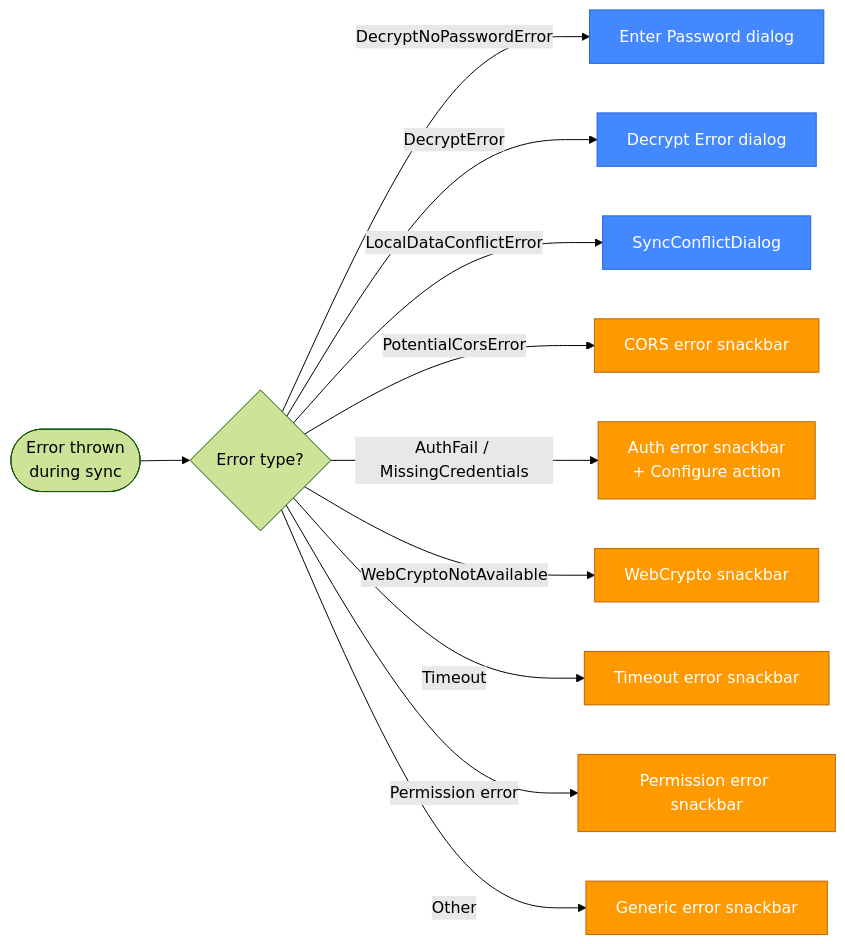
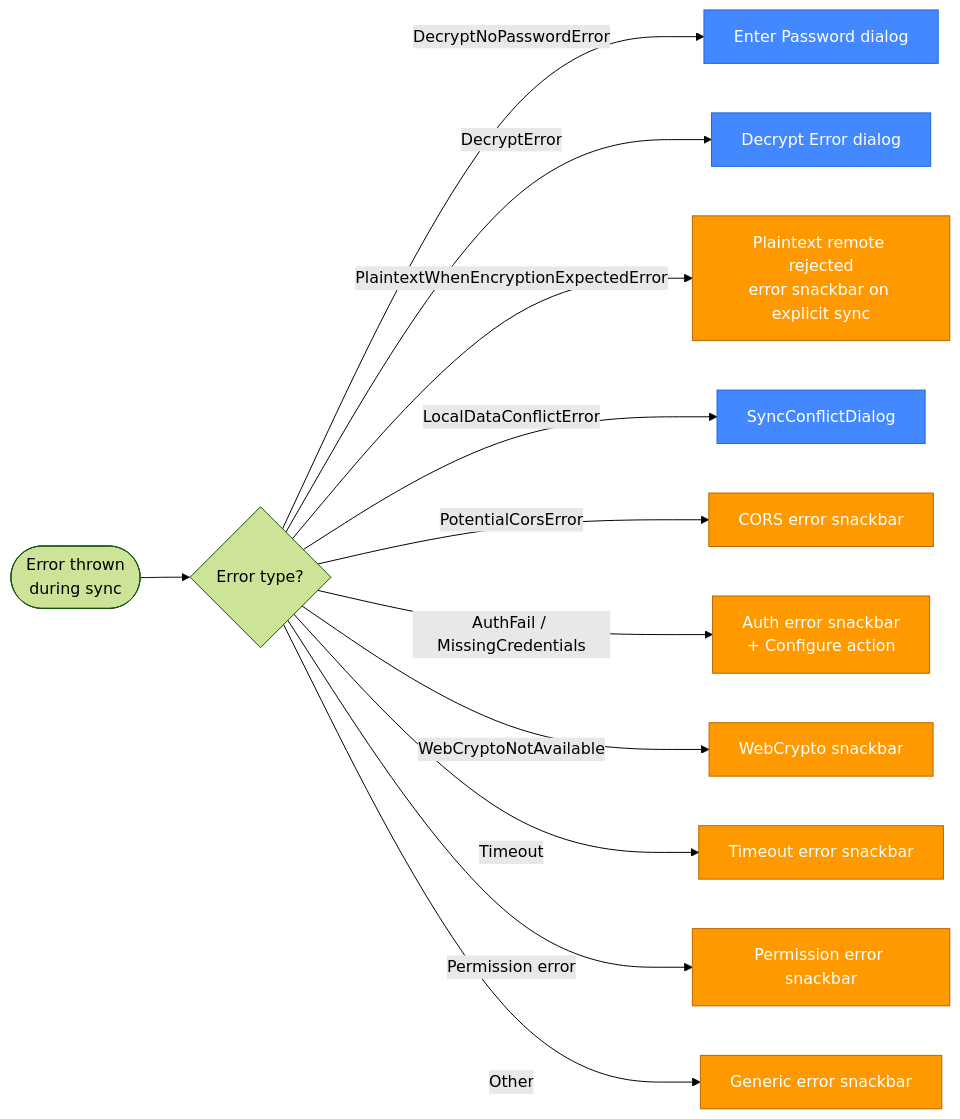
One commit to super-productivity/super-productivity changed the second of 2 diagrams in docs/sync-and-op-log/file-based-sync-flowchart.md. Above: the diagram before and after it, drawn with Mermaid (forest theme). The commit also changed other lines of this file and 6 other files, not shown here.

First line of the commit message:
fix(sync): preserve encryption after password entry

````diff
--- a/docs/sync-and-op-log/file-based-sync-flowchart.md
+++ b/docs/sync-and-op-log/file-based-sync-flowchart.md
@@ -117,20 +120,21 @@
 ```mermaid
 flowchart LR
     ERR([Error thrown<br/>during sync]) --> TYPE{Error type?}
 
     TYPE -->|DecryptNoPasswordError| PWD_DLG[Enter Password dialog]
     TYPE -->|DecryptError| DEC_DLG[Decrypt Error dialog]
+    TYPE -->|PlaintextWhenEncryptionExpectedError| DOWNGRADE[Plaintext remote rejected<br/>error snackbar on explicit sync]
     TYPE -->|LocalDataConflictError| CONF_DLG[SyncConflictDialog]
     TYPE -->|PotentialCorsError| CORS[CORS error snackbar]
     TYPE -->|AuthFail / MissingCredentials| AUTH[Auth error snackbar<br/>+ Configure action]
     TYPE -->|WebCryptoNotAvailable| CRYPTO[WebCrypto snackbar]
     TYPE -->|Timeout| TIMEOUT[Timeout error snackbar]
     TYPE -->|Permission error| PERM[Permission error snackbar]
     TYPE -->|Other| GENERIC[Generic error snackbar]
 
     classDef dialog fill:#48f,stroke:#26d,color:#fff
     classDef snack fill:#f90,stroke:#b60,color:#fff
 
     class PWD_DLG,DEC_DLG,CONF_DLG dialog
-    class LOCK,CORS,AUTH,CRYPTO,TIMEOUT,PERM,GENERIC snack
+    class LOCK,CORS,AUTH,CRYPTO,TIMEOUT,PERM,DOWNGRADE,GENERIC snack
 ```
````
